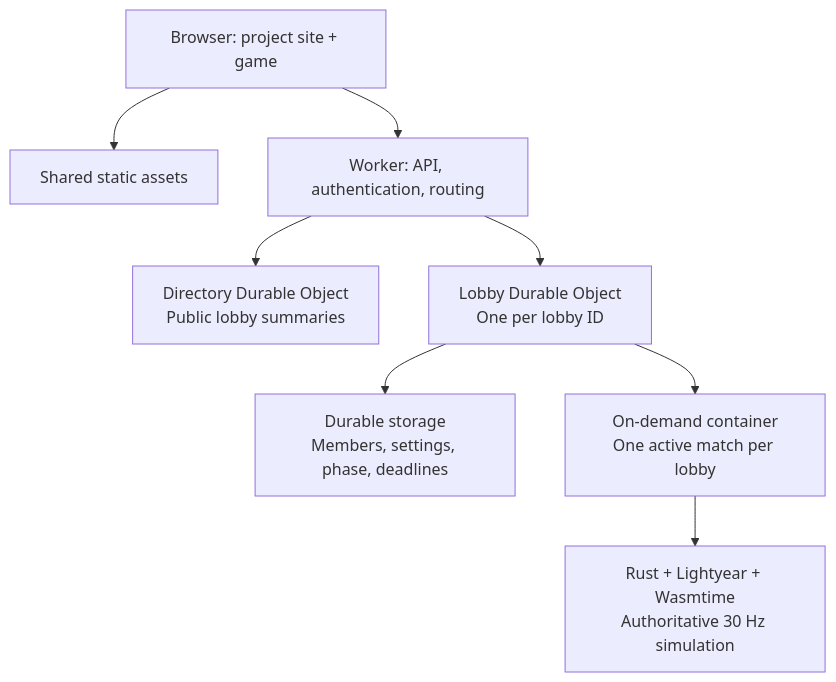
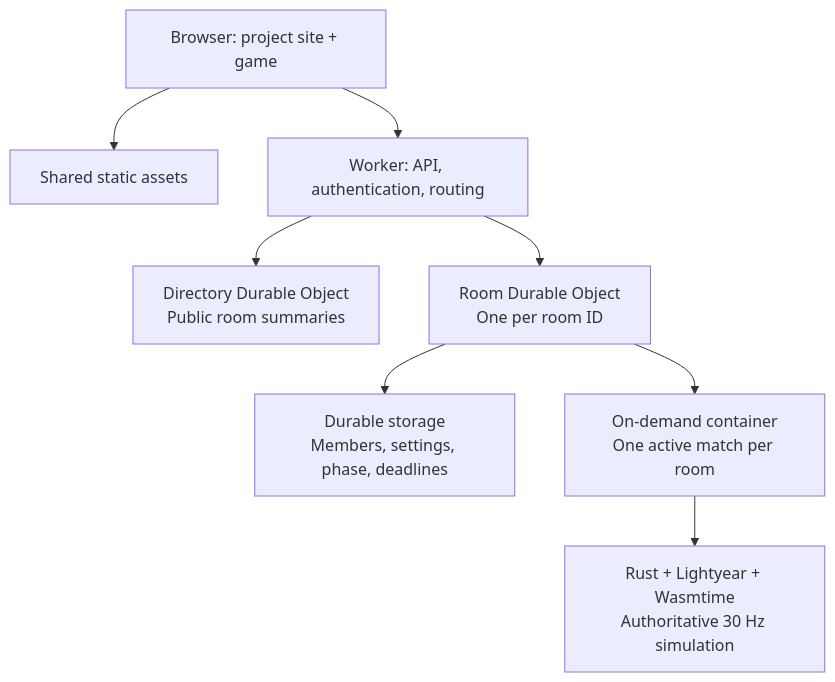
One commit to ediskandarov/rusty-metal-4 changed the first of 4 diagrams in docs/cloudflare-architecture.md. Above: the diagram before and after it, drawn with Mermaid. The commit also changed other lines of this file and 36 other files, not shown here.

````diff
--- a/docs/cloudflare-architecture.md
+++ b/docs/cloudflare-architecture.md
@@ -7,10 +7,10 @@
 ```mermaid
 flowchart TD
     Browser["Browser: project site + game"] --> Static["Shared static assets"]
     Browser --> Worker["Worker: API, authentication, routing"]
-    Worker --> Directory["Directory Durable Object<br/>Public lobby summaries"]
-    Worker --> Lobby["Lobby Durable Object<br/>One per lobby ID"]
-    Lobby --> State["Durable storage<br/>Members, settings, phase, deadlines"]
-    Lobby --> Container["On-demand container<br/>One active match per lobby"]
+    Worker --> Directory["Directory Durable Object<br/>Public room summaries"]
+    Worker --> Room["Room Durable Object<br/>One per room ID"]
+    Room --> State["Durable storage<br/>Members, settings, phase, deadlines"]
+    Room --> Container["On-demand container<br/>One active match per room"]
     Container --> Rust["Rust + Lightyear + Wasmtime<br/>Authoritative 30 Hz simulation"]
 ```
````
